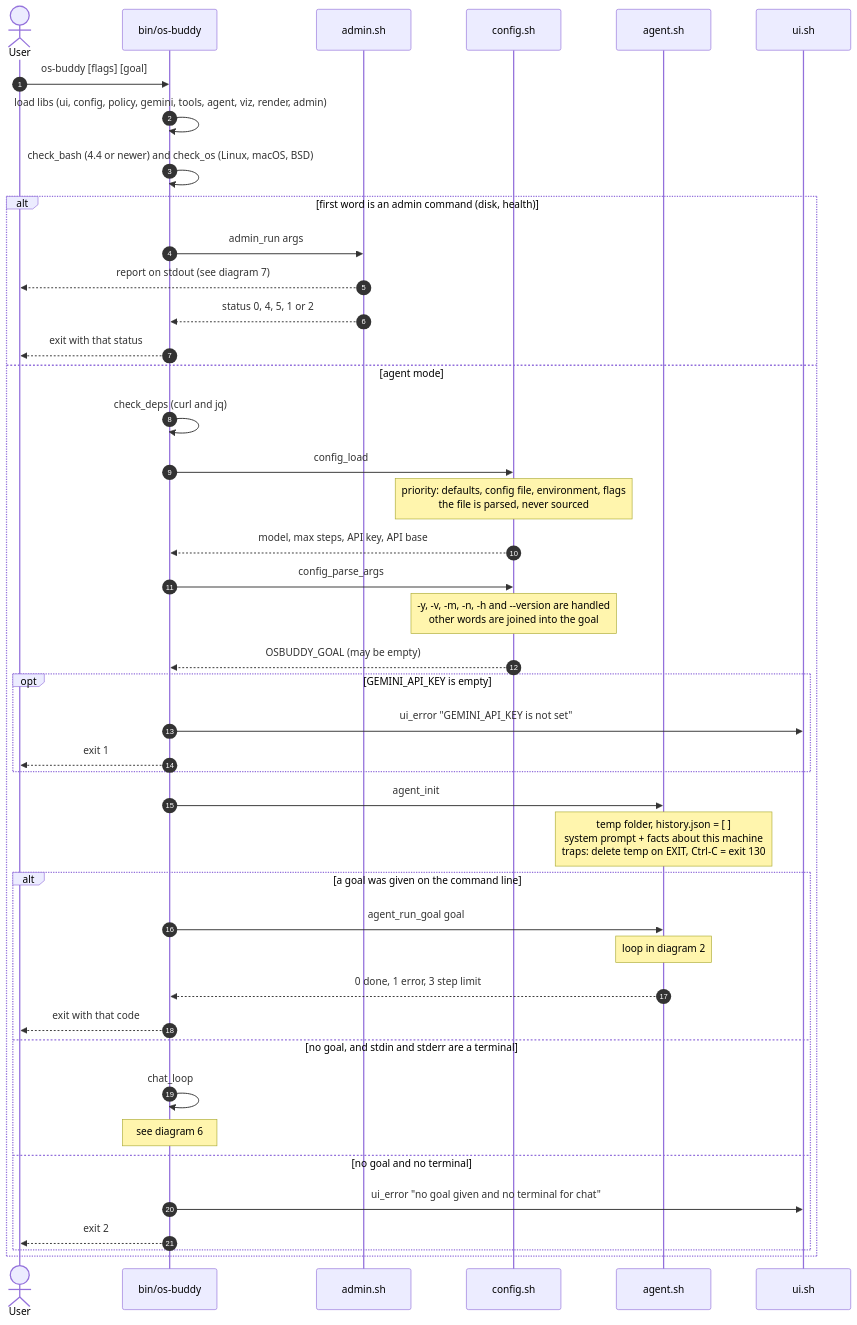
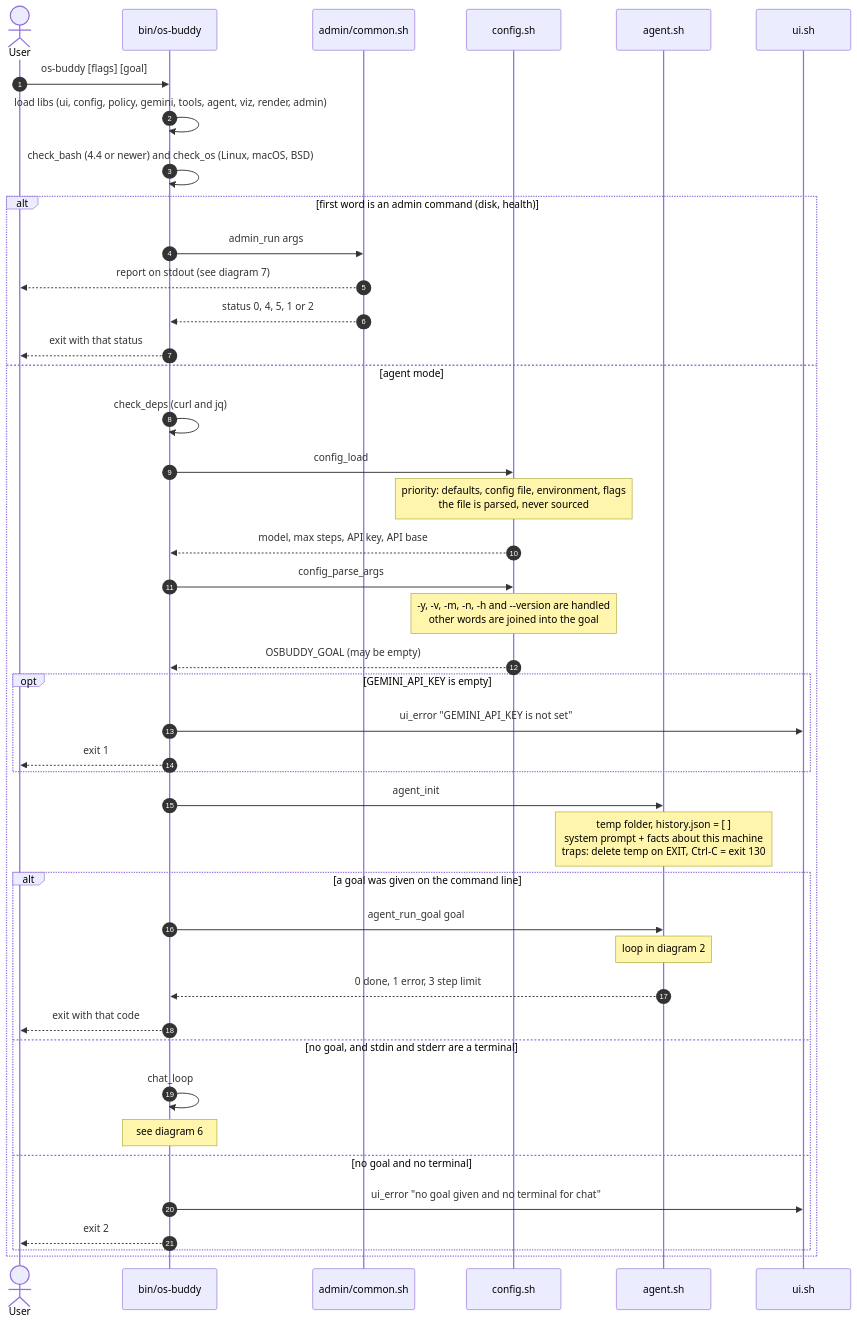
One commit to clickTwice26/os-buddy changed the first of 7 diagrams in docs/sequence-diagram.md. Above: the diagram before and after it, drawn with Mermaid. The commit also changed other lines of this file and 31 other files, not shown here.

````diff
--- a/docs/sequence-diagram.md
+++ b/docs/sequence-diagram.md
@@ -37,50 +37,50 @@
 ```mermaid
 sequenceDiagram
     autonumber
     actor User
     participant Entry as bin/os-buddy
-    participant Admin as admin.sh
+    participant Admin as admin/common.sh
     participant Config as config.sh
     participant Agent as agent.sh
     participant UI as ui.sh
 
     User->>Entry: os-buddy [flags] [goal]
     Entry->>Entry: load libs (ui, config, policy, gemini, tools, agent, viz, render, admin)
     Entry->>Entry: check_bash (4.4 or newer) and check_os (Linux, macOS, BSD)
 
     alt first word is an admin command (disk, health)
         Entry->>Admin: admin_run args
         Admin-->>User: report on stdout (see diagram 7)
         Admin-->>Entry: status 0, 4, 5, 1 or 2
         Entry-->>User: exit with that status
     else agent mode
         Entry->>Entry: check_deps (curl and jq)
         Entry->>Config: config_load
         Note over Config: priority: defaults, config file, environment, flags<br/>the file is parsed, never sourced
         Config-->>Entry: model, max steps, API key, API base
         Entry->>Config: config_parse_args
         Note over Config: -y, -v, -m, -n, -h and --version are handled<br/>other words are joined into the goal
         Config-->>Entry: OSBUDDY_GOAL (may be empty)
 
         opt GEMINI_API_KEY is empty
             Entry->>UI: ui_error "GEMINI_API_KEY is not set"
             Entry-->>User: exit 1
         end
 
         Entry->>Agent: agent_init
         Note over Agent: temp folder, history.json = [ ]<br/>system prompt + facts about this machine<br/>traps: delete temp on EXIT, Ctrl-C = exit 130
 
         alt a goal was given on the command line
             Entry->>Agent: agent_run_goal goal
             Note over Agent: loop in diagram 2
             Agent-->>Entry: 0 done, 1 error, 3 step limit
             Entry-->>User: exit with that code
         else no goal, and stdin and stderr are a terminal
             Entry->>Entry: chat_loop
             Note over Entry: see diagram 6
         else no goal and no terminal
             Entry->>UI: ui_error "no goal given and no terminal for chat"
             Entry-->>User: exit 2
         end
     end
 ```
````
